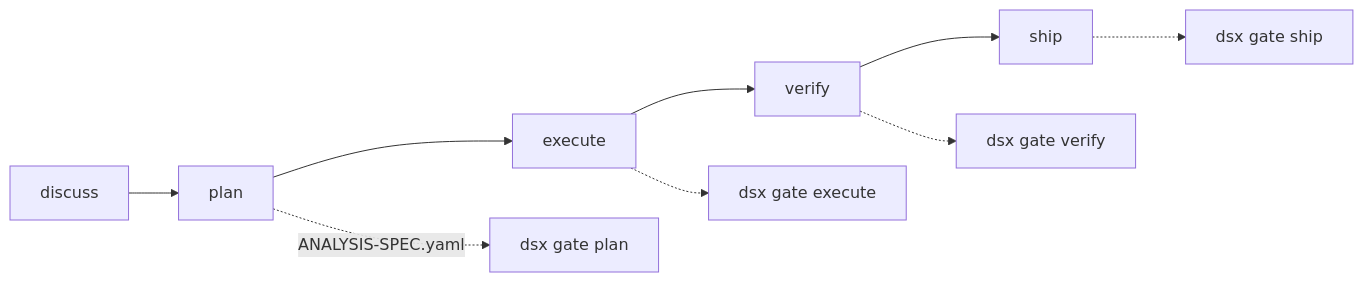
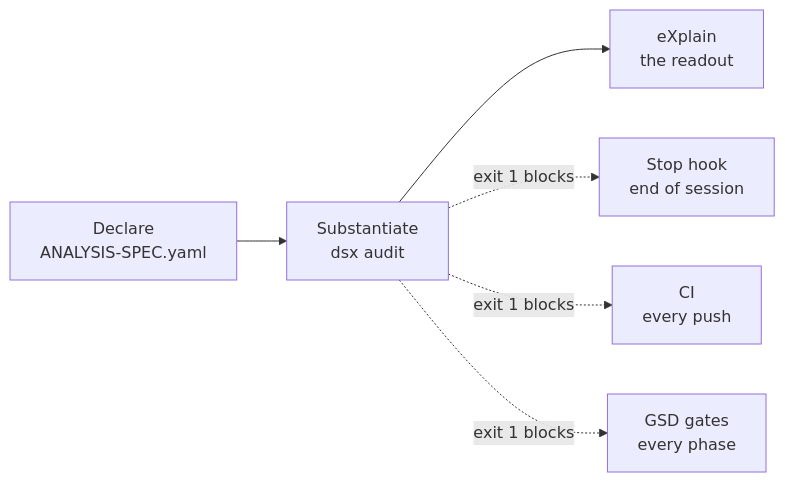
The diagram in README.md (RafaelBraga-Kribitz/DSX), drawn with Mermaid before and after one commit. The commit also changed other lines of this file and 8 other files, not shown here.

````diff
--- a/README.md
+++ b/README.md
@@ -17,8 +23,7 @@
 ```mermaid
 flowchart LR
-    discuss --> plan --> execute --> verify --> ship
-    plan -.->|"ANALYSIS-SPEC.yaml"| GP["dsx gate plan"]
-    execute -.-> GE["dsx gate execute"]
-    verify -.-> GV["dsx gate verify"]
-    ship -.-> GS["dsx gate ship"]
+    D["Declare<br/>ANALYSIS-SPEC.yaml"] --> S["Substantiate<br/>dsx audit"] --> X["eXplain<br/>the readout"]
+    S -.->|"exit 1 blocks"| H["Stop hook<br/>end of session"]
+    S -.->|"exit 1 blocks"| C["CI<br/>every push"]
+    S -.->|"exit 1 blocks"| G["GSD gates<br/>every phase"]
 ```
````
